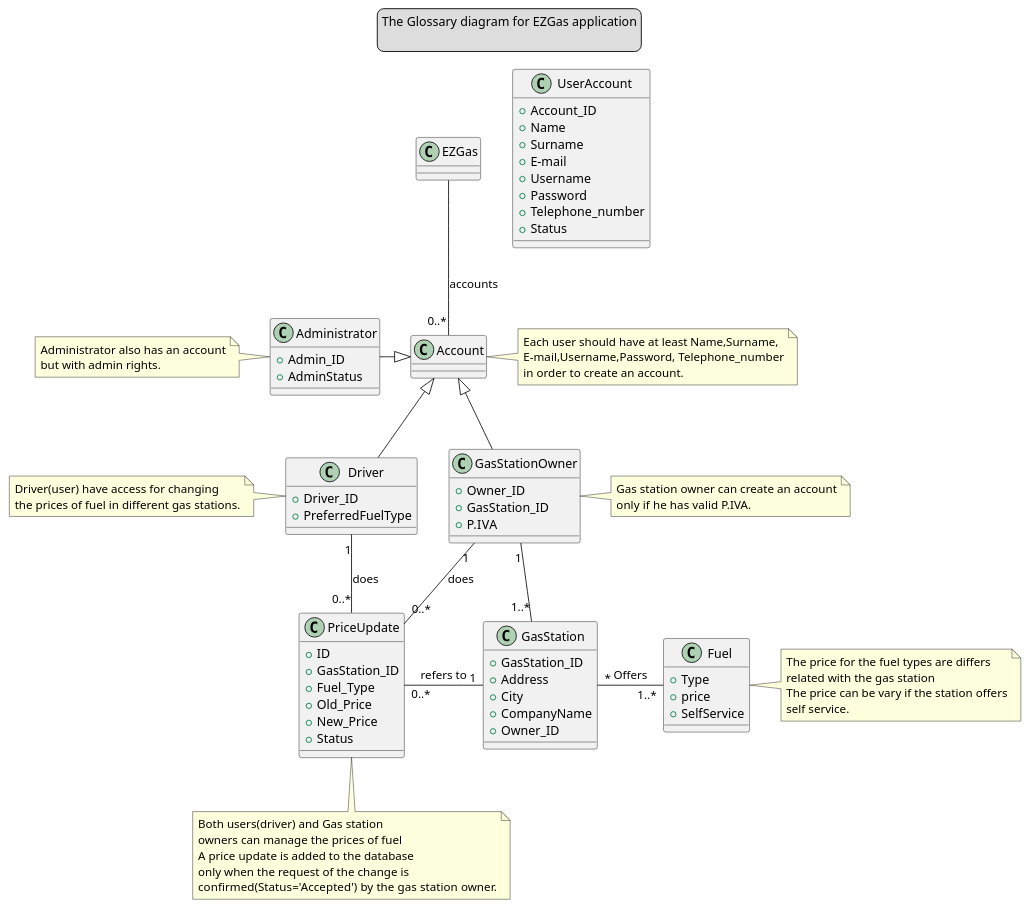
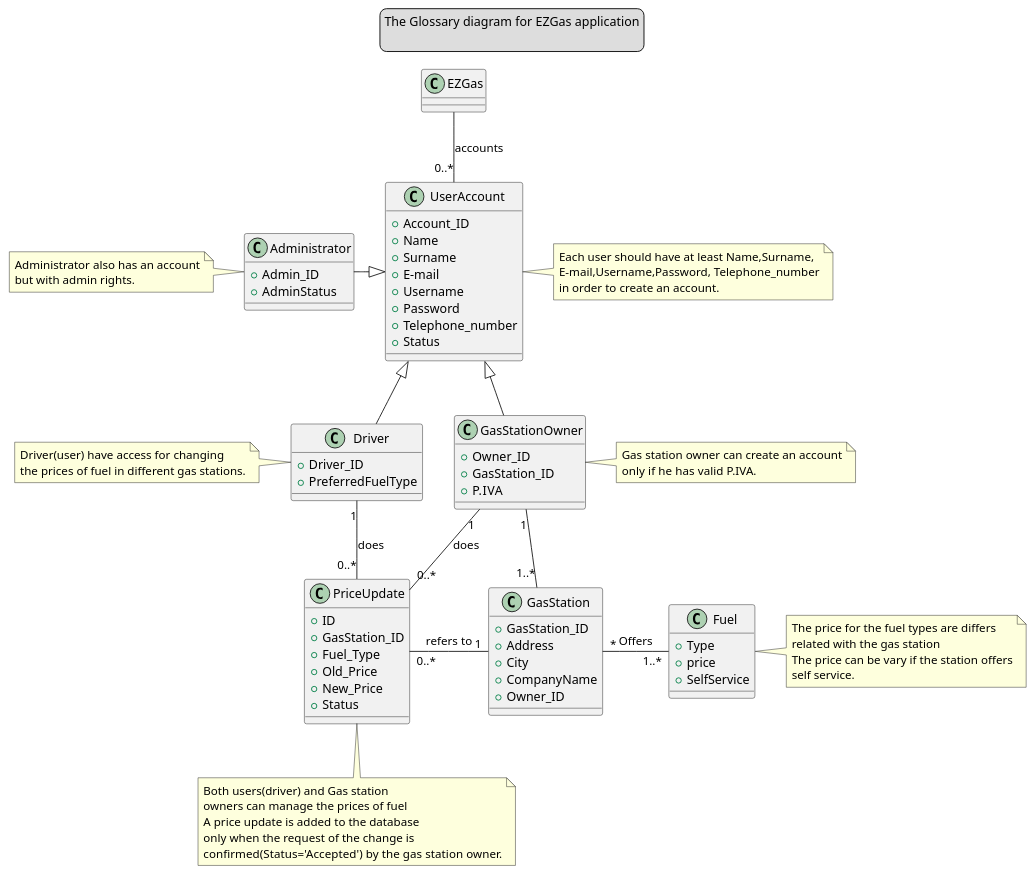
The third of 4 diagrams in docs/RequirementsDocument.md (HeydarliAtabay/EZgas), drawn with PlantUML before and after one commit.

Commit message:
Additions to Glossary diagram

```diff
--- a/docs/RequirementsDocument.md
+++ b/docs/RequirementsDocument.md
@@ -345,11 +345,11 @@
 GasStationOwner "1" -down- "0..*" PriceUpdate : does
 Driver "1" -down- "0..*" PriceUpdate : does
 
-Driver -up-|>  Account 
-GasStationOwner -left-|> Account 
-Administrator -right-|> Account
+Driver -up-|>  UserAccount 
+GasStationOwner -left-|> UserAccount 
+Administrator -right-|> UserAccount
 GasStationOwner "1"-down- "1..*" GasStation
-EZGas -- "0..*" Account :accounts
+EZGas -- "0..*" UserAccount :accounts
 GasStation "*" -right- "1..*" Fuel : Offers  
 
 GasStation "1" -left- "0..*" PriceUpdate : refers to 
@@ -385,7 +385,7 @@
 only if he has valid P.IVA.
 end note
 
-note right of Account
+note right of UserAccount
 Each user should have at least Name,Surname,
 E-mail,Username,Password, Telephone_number
 in order to create an account.
```
